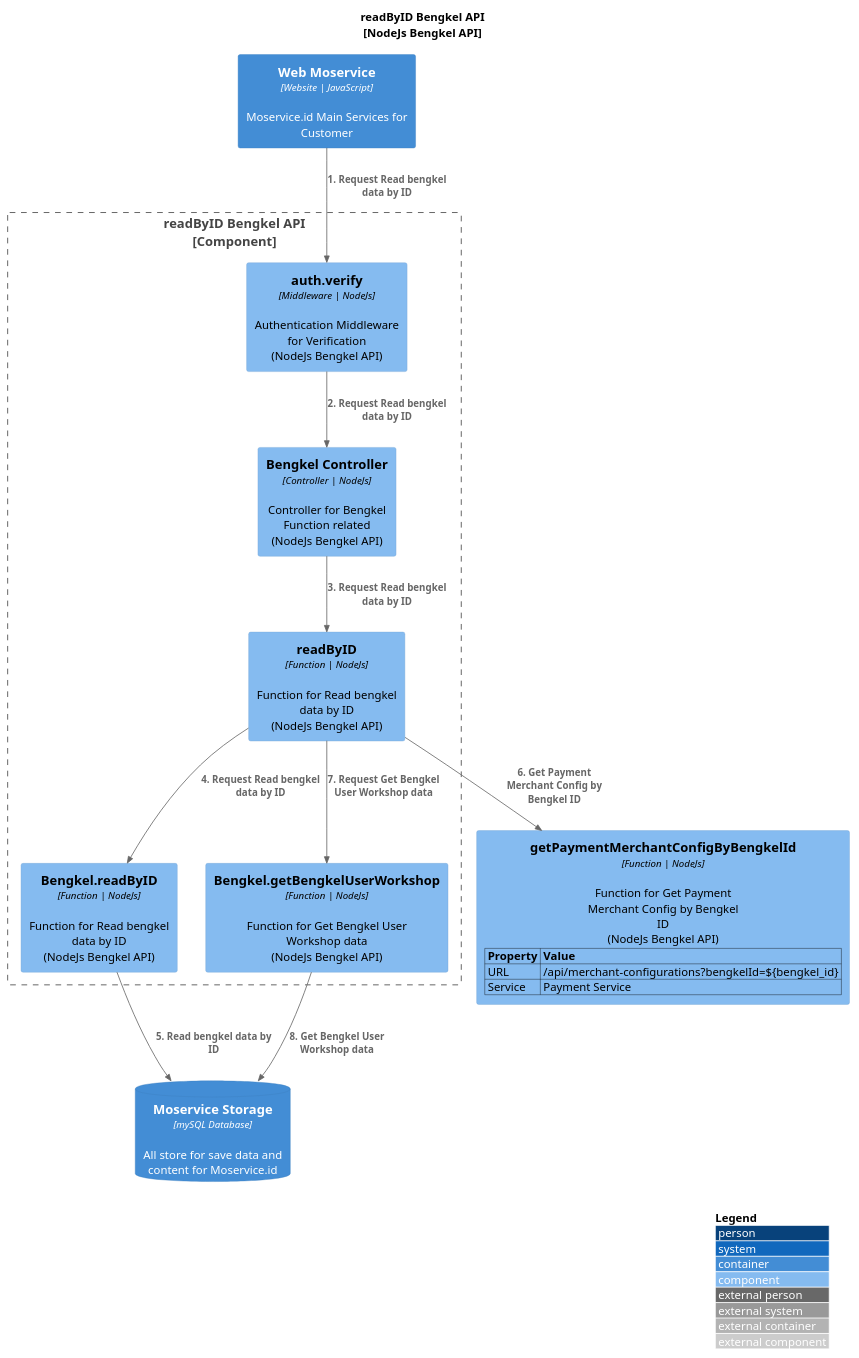
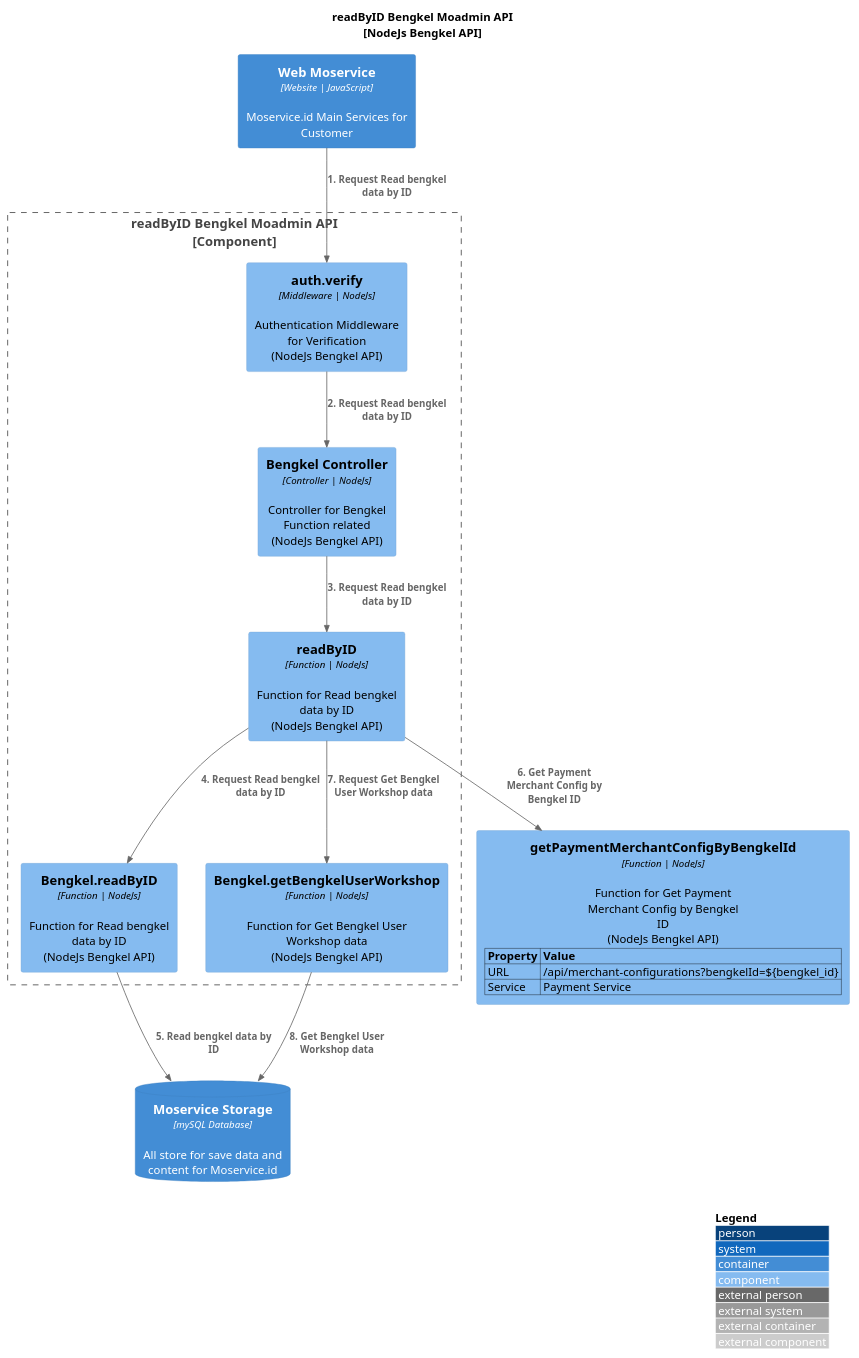
One commit to JoshAndreas/Project-C4-Diagram changed the diagram in [NodeJs]-bengkel/read-by-id-bengkel-moadmin.puml. Above: the diagram before and after it, drawn with PlantUML. The commit also changed 189 other files, not shown here.

Commit message:
Add New C4 Diagram File NodeJs-Bengkel

```diff
--- a/[NodeJs]-bengkel/read-by-id-bengkel-moadmin.puml
+++ b/[NodeJs]-bengkel/read-by-id-bengkel-moadmin.puml
@@ -1,35 +1,35 @@
 @startuml
 !include https://raw.githubusercontent.com/plantuml-stdlib/C4-PlantUML/master/C4_Component.puml
 
 LAYOUT_WITH_LEGEND()
-title readByID Bengkel API\n[NodeJs Bengkel API]
+title readByID Bengkel Moadmin API\n[NodeJs Bengkel API]
 
 Container(Web_Moservice, "Web Moservice", "Website | JavaScript", "Moservice.id Main Services for Customer")
-Boundary(api, "readByID Bengkel API\n[Component]"){
+Boundary(api, "readByID Bengkel Moadmin API\n[Component]"){
     Component(auth_middleware, "auth.verify", "Middleware | NodeJs", "Authentication Middleware for Verification\n(NodeJs Bengkel API)")
     Component(bengkel, "Bengkel Controller", "Controller | NodeJs", "Controller for Bengkel Function related\n(NodeJs Bengkel API)")
 
     Component(readByID, "readByID", "Function | NodeJs", "Function for Read bengkel data by ID\n(NodeJs Bengkel API)")
     Component(readByIDs, "Bengkel.readByID", "Function | NodeJs", "Function for Read bengkel data by ID\n(NodeJs Bengkel API)")
     
     Component(getBengkelUserWorkshop, "Bengkel.getBengkelUserWorkshop", "Function | NodeJs", "Function for Get Bengkel User Workshop data\n(NodeJs Bengkel API)")
 
 }
 AddProperty("URL", "/api/merchant-configurations?bengkelId=${bengkel_id}")
 AddProperty("Service", "Payment Service")
 Component(getPaymentMerchantConfigByBengkelId, "getPaymentMerchantConfigByBengkelId", "Function | NodeJs", "Function for Get Payment Merchant Config by Bengkel ID\n(NodeJs Bengkel API)")
 
 ContainerDb(database, "Moservice Storage", "mySQL Database", "All store for save data and content for Moservice.id")
 
 Rel(Web_Moservice, auth_middleware, "1. Request Read bengkel data by ID")
 Rel(auth_middleware, bengkel, "2. Request Read bengkel data by ID")
 Rel(bengkel, readByID, "3. Request Read bengkel data by ID")
 
 Rel(readByID, readByIDs, "4. Request Read bengkel data by ID")
 Rel(readByID, getPaymentMerchantConfigByBengkelId, "6. Get Payment Merchant Config by Bengkel ID")
 Rel(readByID, getBengkelUserWorkshop, "7. Request Get Bengkel User Workshop data")
 
 Rel(readByIDs, database, "5. Read bengkel data by ID")
 Rel(getBengkelUserWorkshop, database, "8. Get Bengkel User Workshop data")
 
 @enduml
```
